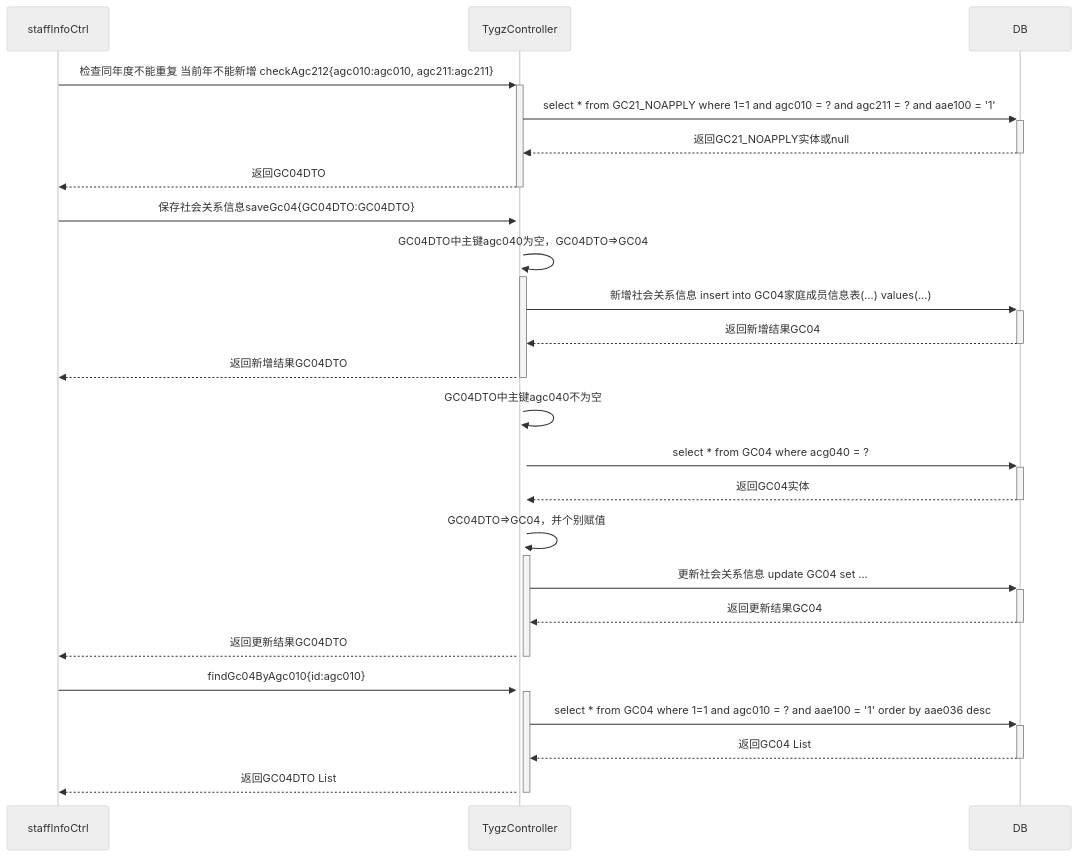
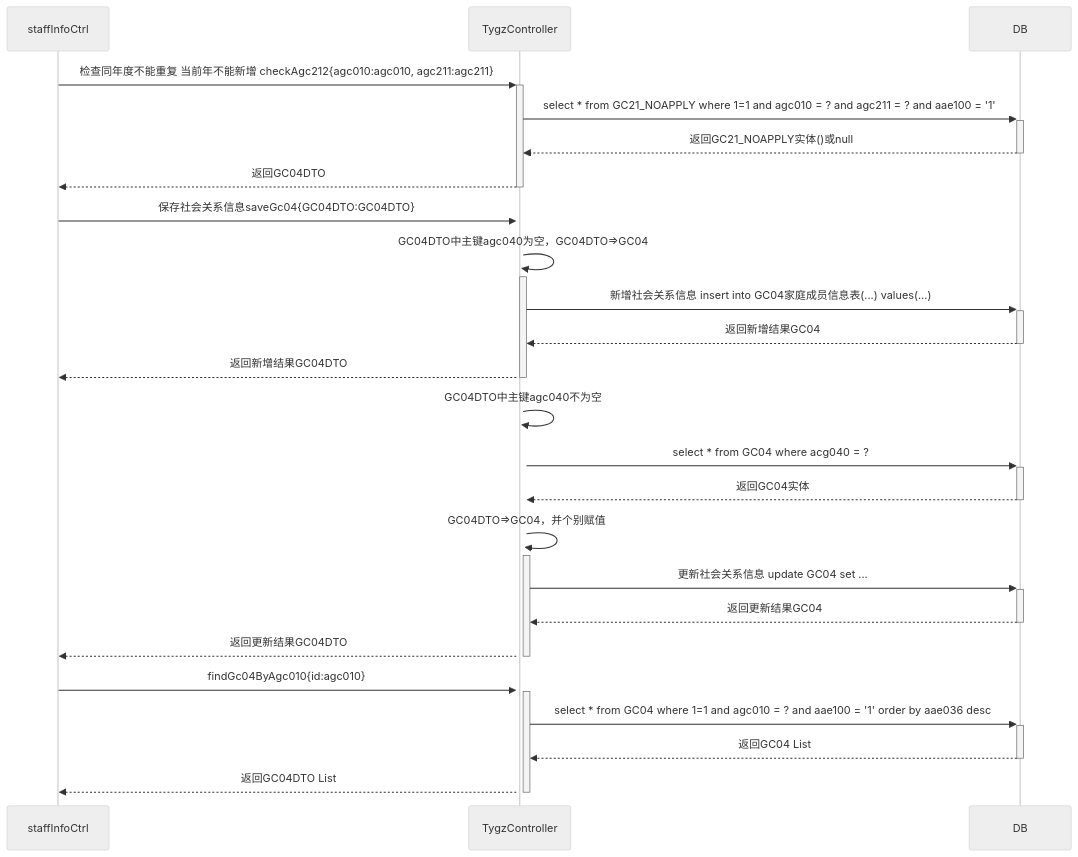
One commit to ZhangJianBeiJing/iodraw-files changed the diagram in all/人员考核信息新增按钮的调用业务流程.md. Above: the diagram before and after it, drawn with Mermaid (neutral theme).

Commit message:
2025-03-25 17:55:52 update

````diff
--- a/all/人员考核信息新增按钮的调用业务流程.md
+++ b/all/人员考核信息新增按钮的调用业务流程.md
@@ -1,24 +1,24 @@
 ```mermaid
 sequenceDiagram
     staffInfoCtrl->>+TygzController:检查同年度不能重复 当前年不能新增 checkAgc212{agc010:agc010, agc211:agc211}
     TygzController->>+DB:select * from GC21_NOAPPLY where 1=1 and agc010 = ? and agc211 = ? and aae100 = '1'
-    DB-->>-TygzController:返回GC21_NOAPPLY实体或null
+    DB-->>-TygzController:返回GC21_NOAPPLY实体()或null
     TygzController-->>-staffInfoCtrl:返回GC04DTO
     staffInfoCtrl->>+TygzController:保存社会关系信息saveGc04{GC04DTO:GC04DTO}
     TygzController->>+TygzController:GC04DTO中主键agc040为空，GC04DTO=>GC04
     TygzController->>+DB:新增社会关系信息 insert into GC04家庭成员信息表(...) values(...)
     DB-->>-TygzController:返回新增结果GC04
     TygzController-->>-staffInfoCtrl:返回新增结果GC04DTO
     TygzController->>+TygzController:GC04DTO中主键agc040不为空
     TygzController->>+DB:select * from GC04 where acg040 = ?
     DB-->>-TygzController:返回GC04实体
     TygzController->>+TygzController:GC04DTO=>GC04，并个别赋值
     TygzController->>+DB:更新社会关系信息 update GC04 set ...
     DB-->>-TygzController:返回更新结果GC04
     TygzController-->>-staffInfoCtrl:返回更新结果GC04DTO
 
     staffInfoCtrl->>+TygzController:findGc04ByAgc010{id:agc010}
     TygzController->>+DB:select * from GC04 where 1=1 and agc010 = ? and aae100 = '1' order by aae036 desc
     DB-->>-TygzController:返回GC04 List
     TygzController-->>-staffInfoCtrl:返回GC04DTO List
 ```
````
